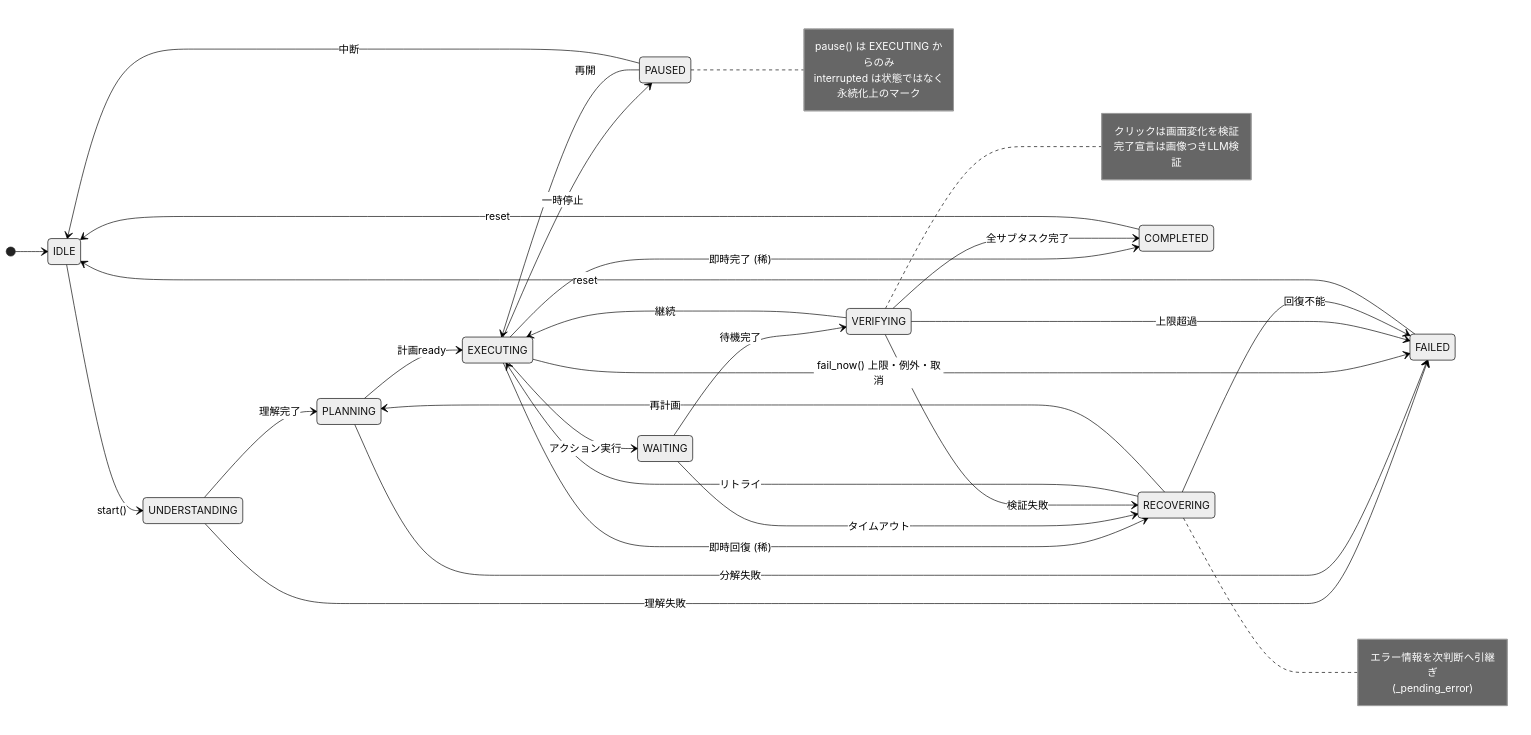
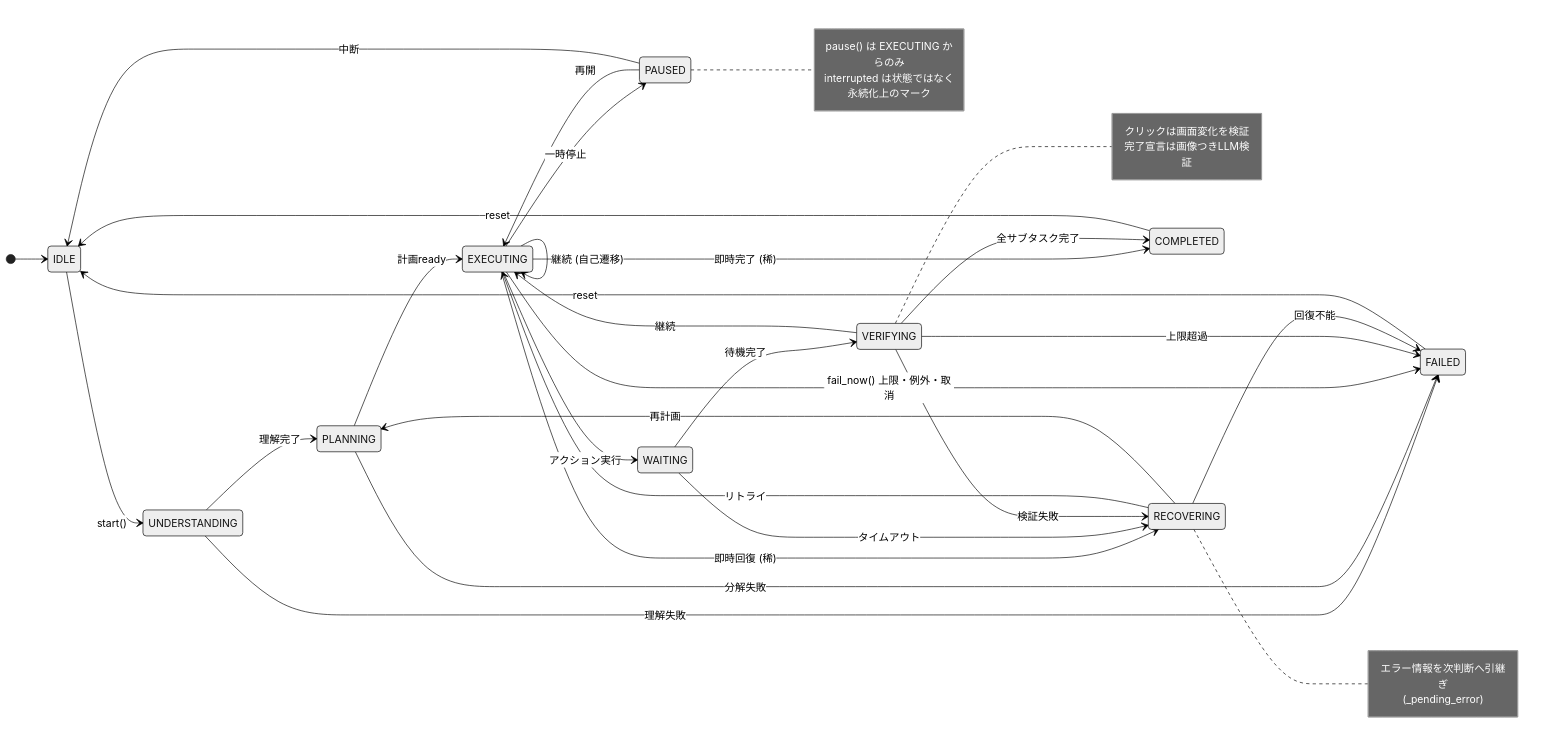
The second of 4 diagrams in docs/architecture.md (Milix-M/ai-desktop-agent), drawn with Mermaid (neutral theme) before and after one commit. The commit also changed other lines of this file and 58 other files, not shown here.

````diff
--- a/docs/architecture.md
+++ b/docs/architecture.md
@@ -150,44 +132,45 @@
 ```mermaid
 stateDiagram-v2
     direction LR
     [*] --> IDLE
     IDLE --> UNDERSTANDING : start()
     UNDERSTANDING --> PLANNING : 理解完了
     UNDERSTANDING --> FAILED : 理解失敗
     PLANNING --> EXECUTING : 計画ready
     PLANNING --> FAILED : 分解失敗
     EXECUTING --> WAITING : アクション実行
+    EXECUTING --> EXECUTING : 継続 (自己遷移)
     EXECUTING --> PAUSED : 一時停止
     EXECUTING --> FAILED : fail_now() 上限・例外・取消
     EXECUTING --> RECOVERING : 即時回復 (稀)
     EXECUTING --> COMPLETED : 即時完了 (稀)
     WAITING --> VERIFYING : 待機完了
     WAITING --> RECOVERING : タイムアウト
     VERIFYING --> EXECUTING : 継続
     VERIFYING --> COMPLETED : 全サブタスク完了
     VERIFYING --> RECOVERING : 検証失敗
     VERIFYING --> FAILED : 上限超過
     RECOVERING --> EXECUTING : リトライ
     RECOVERING --> PLANNING : 再計画
     RECOVERING --> FAILED : 回復不能
     PAUSED --> EXECUTING : 再開
     PAUSED --> IDLE : 中断
     COMPLETED --> IDLE : reset
     FAILED --> IDLE : reset
 
     note right of VERIFYING
         クリックは画面変化を検証
         完了宣言は画像つきLLM検証
     end note
 
     note right of RECOVERING
         エラー情報を次判断へ引継ぎ
         (_pending_error)
     end note
 
     note right of PAUSED
         pause() は EXECUTING からのみ
         interrupted は状態ではなく
         永続化上のマーク
     end note
 ```
````
